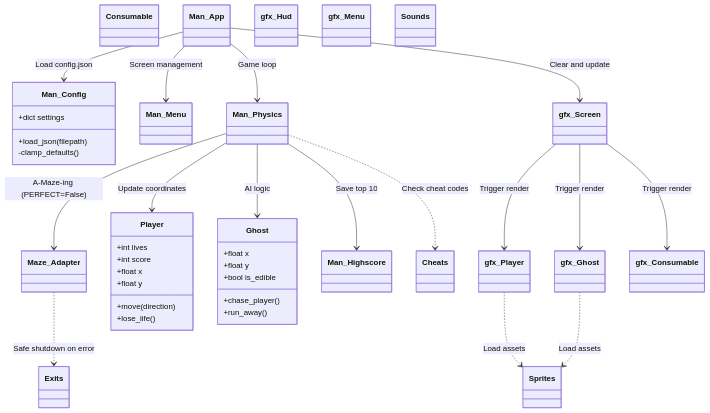
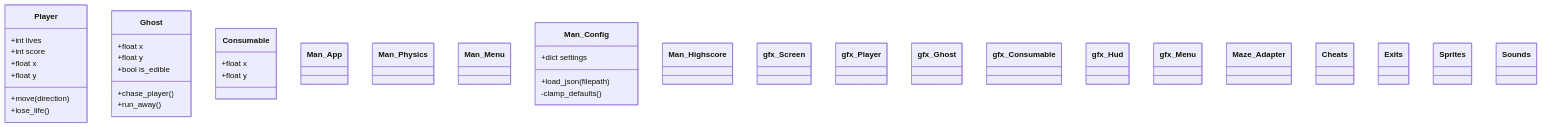
Before and after one commit to OlekKruh/FTPacMan: the diagram in README.md, drawn with Mermaid. The commit also changed 1 other file, not shown here.

Commit message:
README update

````diff
--- a/README.md
+++ b/README.md
@@ -1,63 +1,55 @@
 ```mermaid
 classDiagram
     class Player {
         +int lives
         +int score
         +float x
         +float y
         +move(direction)
         +lose_life()
     }
+    
     class Ghost {
         +float x
         +float y
         +bool is_edible
         +chase_player()
         +run_away()
     }
-    class Consumable
+    
+    class Consumable {
+        +float x
+        +float y
+    }
 
-    class Man_App
-    class Man_Physics
-    class Man_Menu
+    class Man_App{
+    }
+    
+    class Man_Physics {
+    }
+    
+    class Man_Menu {
+    }
+    
     class Man_Config {
         +dict settings
         +load_json(filepath)
         -clamp_defaults()
     }
+    
     class Man_Highscore
 
     class gfx_Screen
     class gfx_Player
     class gfx_Ghost
     class gfx_Consumable
     class gfx_Hud
     class gfx_Menu
 
     class Maze_Adapter
     class Cheats
     class Exits
 
     class Sprites
     class Sounds
-
-    Man_App --> Man_Config : Load config.json
-    Man_App --> Man_Menu : Screen management
-    Man_App --> Man_Physics : Game loop
-
-    Man_Physics --> Maze_Adapter : A-Maze-ing (PERFECT=False)
-    Man_Physics --> Player : Update coordinates
-    Man_Physics --> Ghost : AI logic
-    Man_Physics --> Man_Highscore : Save top 10
-    Man_Physics ..> Cheats : Check cheat codes
-
-    Man_App --> gfx_Screen : Clear and update
-    gfx_Screen --> gfx_Player : Trigger render
-    gfx_Screen --> gfx_Ghost : Trigger render
-    gfx_Screen --> gfx_Consumable : Trigger render
-
-    gfx_Player ..> Sprites : Load assets
-    gfx_Ghost ..> Sprites : Load assets
-
-    Maze_Adapter ..> Exits : Safe shutdown on error
 ```
````
